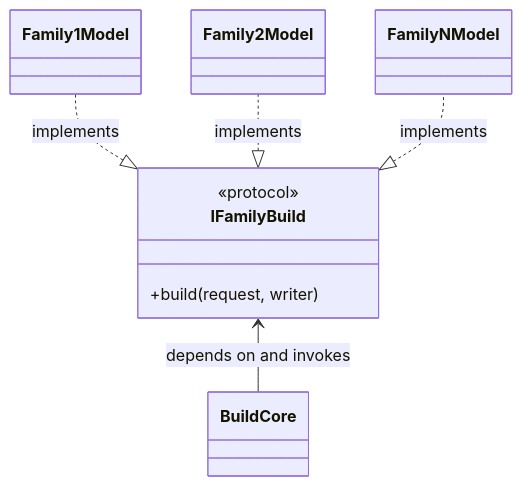
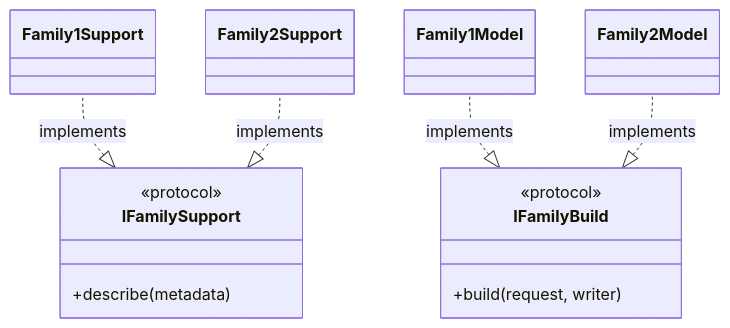
One commit to yifeif-nv/TensorRT-Model-Connect-fork changed the third of 6 diagrams in website/docs/architecture/ai-native-horizontal-scaling.md. Above: the diagram before and after it, drawn with Mermaid. The commit also changed other lines of this file and 111 other files, not shown here.

First line of the commit message:
feat(build): add family-owned model resolution

````diff
--- a/website/docs/architecture/ai-native-horizontal-scaling.md
+++ b/website/docs/architecture/ai-native-horizontal-scaling.md
@@ -175,19 +195,24 @@
 ```mermaid
 classDiagram
 direction BT
+
+class IFamilySupport {
+  <<protocol>>
+  +describe(metadata)
+}
 
 class IFamilyBuild {
   <<protocol>>
   +build(request, writer)
 }
 
+class Family1Support
 class Family1Model
+class Family2Support
 class Family2Model
-class FamilyNModel
-class BuildCore
 
+IFamilySupport <|.. Family1Support : implements
+IFamilySupport <|.. Family2Support : implements
 IFamilyBuild <|.. Family1Model : implements
 IFamilyBuild <|.. Family2Model : implements
-IFamilyBuild <|.. FamilyNModel : implements
-BuildCore --> IFamilyBuild : depends on and invokes
 ```
````
